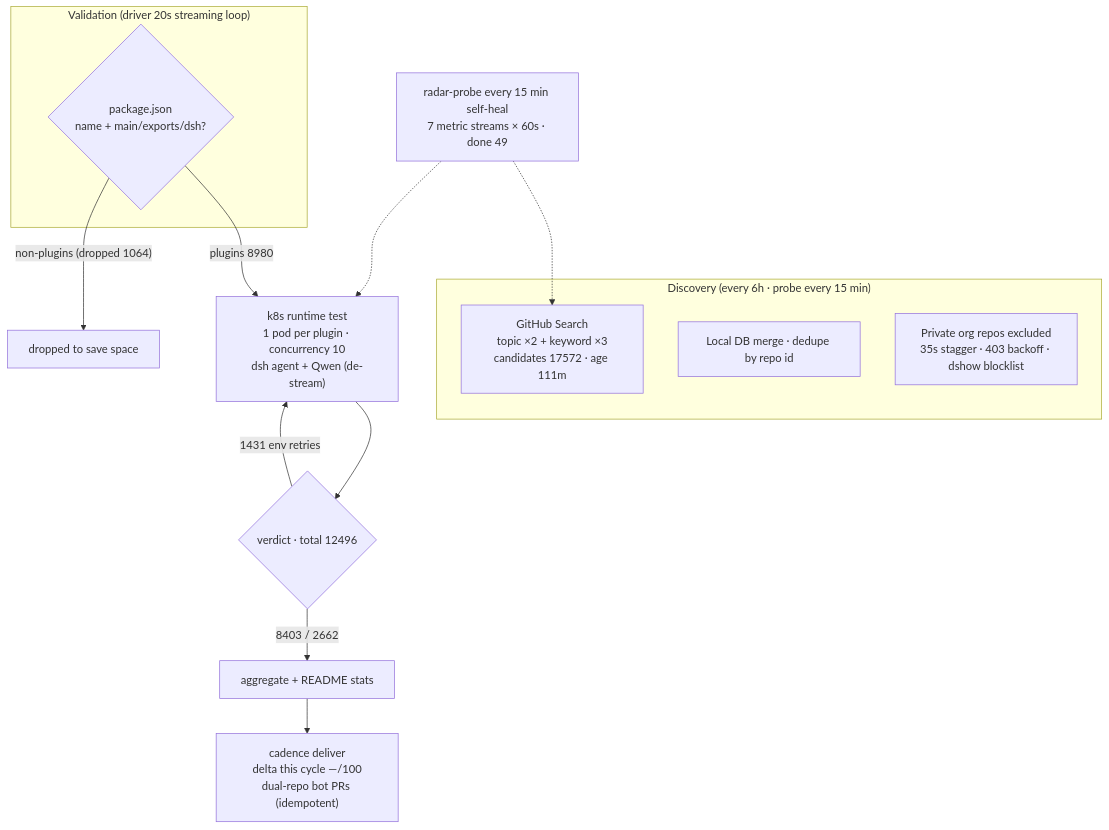
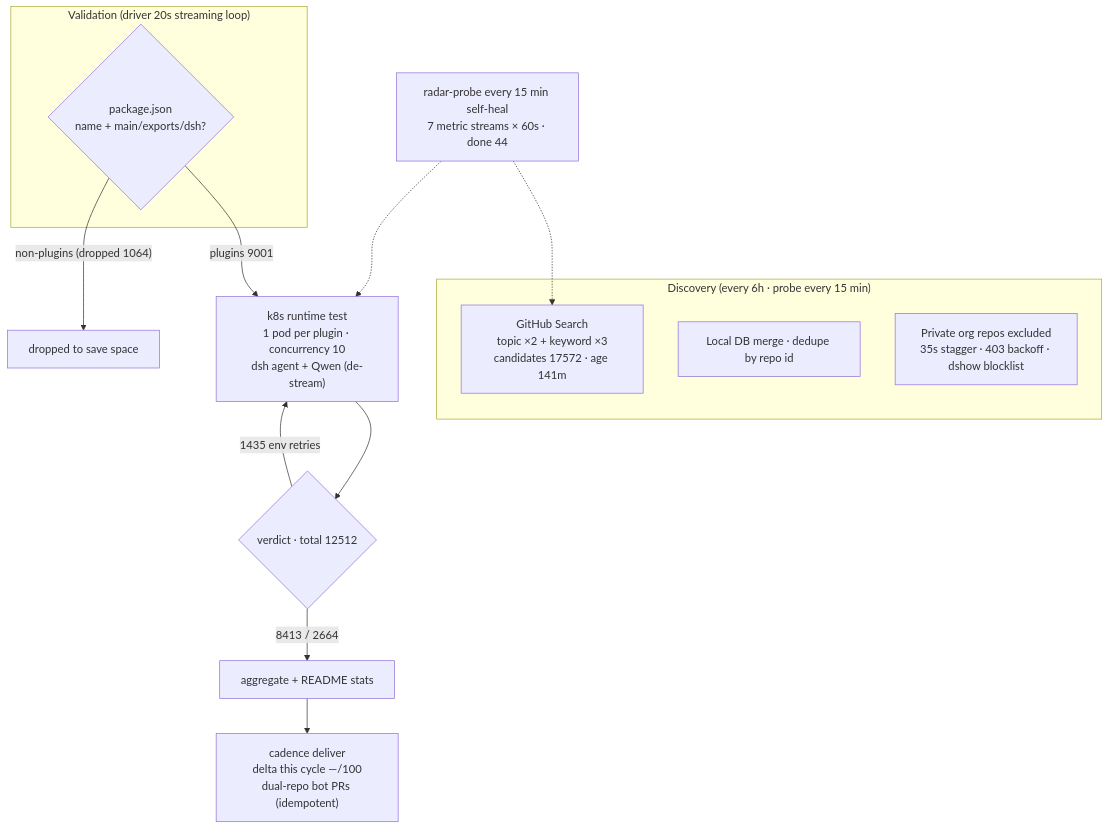
One commit to AdamPlatin123/awesome-dsh-plugins changed the diagram in README.en-US.md. Above: the diagram before and after it, drawn with Mermaid. The commit also changed other lines of this file and 5 other files, not shown here.

````diff
--- a/README.en-US.md
+++ b/README.en-US.md
@@ -45,20 +45,20 @@
 ```mermaid
 flowchart TB
     subgraph Discovery["Discovery (every 6h · probe every 15 min)"]
-        A1["GitHub Search<br/>topic ×2 + keyword ×3<br/>candidates 17572 · age 111m"]
+        A1["GitHub Search<br/>topic ×2 + keyword ×3<br/>candidates 17572 · age 141m"]
         A2["Local DB merge · dedupe by repo id"]
         A3["Private org repos excluded<br/>35s stagger · 403 backoff · dshow blocklist"]
     end
     subgraph Validation["Validation (driver 20s streaming loop)"]
         B1{"package.json<br/>name + main/exports/dsh?"}
     end
-    B1 -->|"plugins 8980"| C1["k8s runtime test<br/>1 pod per plugin · concurrency 10<br/>dsh agent + Qwen (de-stream)"]
+    B1 -->|"plugins 9001"| C1["k8s runtime test<br/>1 pod per plugin · concurrency 10<br/>dsh agent + Qwen (de-stream)"]
     B1 -->|"non-plugins (dropped 1064)"| B3["dropped to save space"]
-    C1 --> D1{"verdict · total 12496"}
-    D1 -->|"8403 / 2662"| E1["aggregate + README stats"]
-    D1 -->|"1431 env retries"| C1
+    C1 --> D1{"verdict · total 12512"}
+    D1 -->|"8413 / 2664"| E1["aggregate + README stats"]
+    D1 -->|"1435 env retries"| C1
     E1 --> E2["cadence deliver<br/>delta this cycle —/100<br/>dual-repo bot PRs (idempotent)"]
-    M["radar-probe every 15 min self-heal<br/>7 metric streams × 60s · done 49"]
+    M["radar-probe every 15 min self-heal<br/>7 metric streams × 60s · done 44"]
     M -.-> A1
     M -.-> C1
 ```
````
